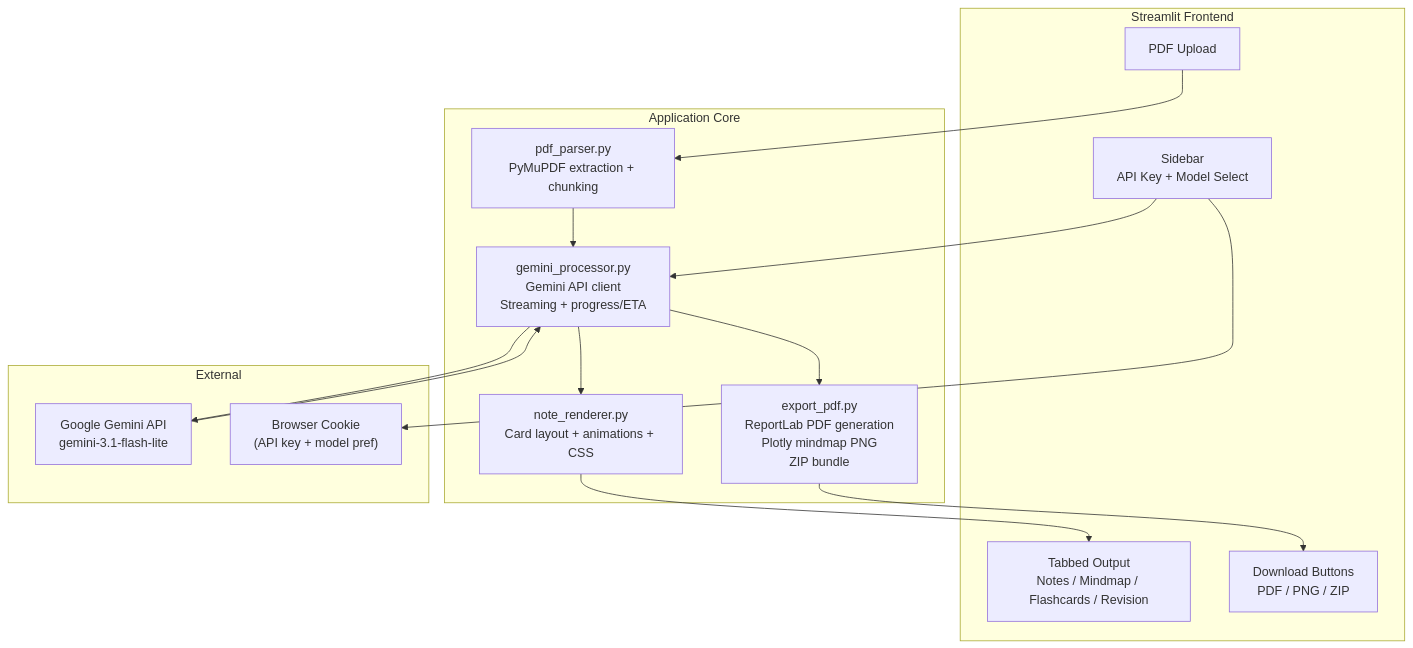
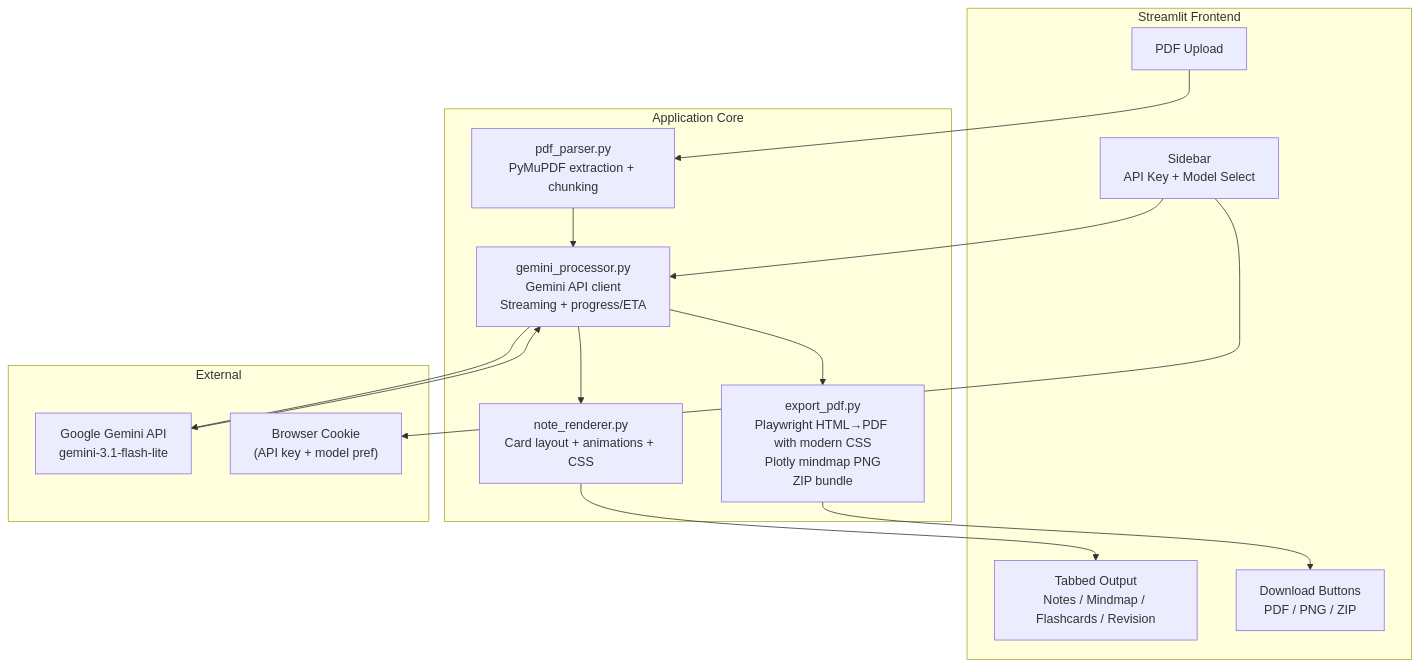
Before and after one commit to programmersd21/topperify_ai: the diagram in README.md, drawn with Mermaid. The commit also changed other lines of this file and 6 other files, not shown here.

First line of the commit message:
feat: migrate PDF export from ReportLab to Playwright for modern CSS support

````diff
--- a/README.md
+++ b/README.md
@@ -20,32 +21,32 @@
 ```mermaid
 flowchart TB
     subgraph UI["Streamlit Frontend"]
         SIDEBAR["Sidebar<br/>API Key + Model Select"]
         UPLOAD["PDF Upload"]
         TABS["Tabbed Output<br/>Notes / Mindmap / Flashcards / Revision"]
         EXPORT["Download Buttons<br/>PDF / PNG / ZIP"]
     end
 
     subgraph CORE["Application Core"]
         PARSER["pdf_parser.py<br/>PyMuPDF extraction + chunking"]
         PROCESSOR["gemini_processor.py<br/>Gemini API client<br/>Streaming + progress/ETA"]
         RENDERER["note_renderer.py<br/>Card layout + animations + CSS"]
-        EXPORTER["export_pdf.py<br/>ReportLab PDF generation<br/>Plotly mindmap PNG<br/>ZIP bundle"]
+        EXPORTER["export_pdf.py<br/>Playwright HTML→PDF with modern CSS<br/>Plotly mindmap PNG<br/>ZIP bundle"]
     end
 
     subgraph EXTERNAL["External"]
         GEMINI["Google Gemini API<br/>gemini-3.1-flash-lite"]
         COOKIE["Browser Cookie<br/>(API key + model pref)"]
     end
 
     UPLOAD --> PARSER
     PARSER --> PROCESSOR
     PROCESSOR --> GEMINI
     GEMINI --> PROCESSOR
     PROCESSOR --> RENDERER
     RENDERER --> TABS
     PROCESSOR --> EXPORTER
     EXPORTER --> EXPORT
     SIDEBAR --> COOKIE
     SIDEBAR --> PROCESSOR
 ```
````
